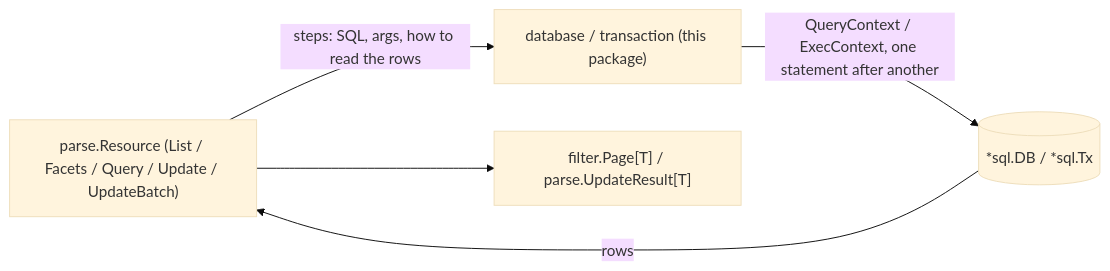
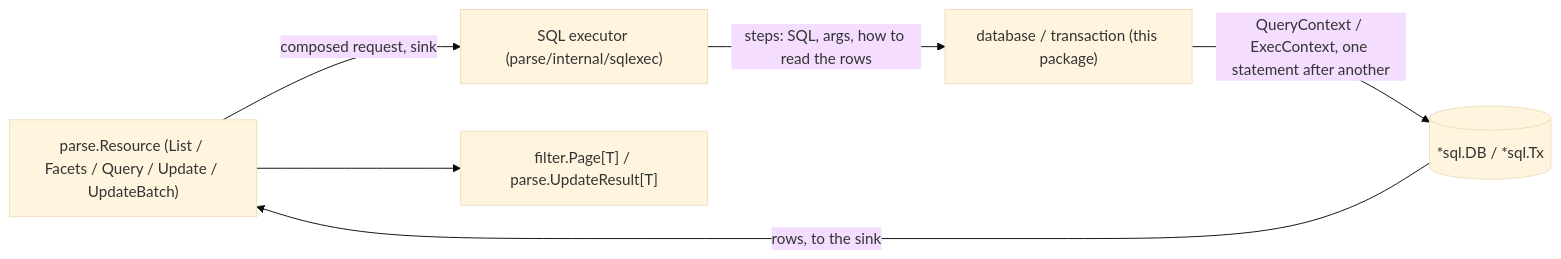
Before and after one commit to ashtonian/pkg: the diagram in parse/parsesql/README.md, drawn with Mermaid (base theme). The commit also changed other lines of this file and 30 other files, not shown here.

````diff
--- a/parse/parsesql/README.md
+++ b/parse/parsesql/README.md
@@ -44,7 +44,8 @@
 ```mermaid
 flowchart LR
-    res["parse.Resource (List / Facets / Query / Update / UpdateBatch)"] -->|"steps: SQL, args, how to read the rows"| conn["database / transaction (this package)"]
+    res["parse.Resource (List / Facets / Query / Update / UpdateBatch)"] -->|"composed request, sink"| exec["SQL executor (parse/internal/sqlexec)"]
+    exec -->|"steps: SQL, args, how to read the rows"| conn["database / transaction (this package)"]
     conn -->|"QueryContext / ExecContext, one statement after another"| db[("*sql.DB / *sql.Tx")]
-    db -->|"rows"| res
+    db -->|"rows, to the sink"| res
     res --> out["filter.Page[T] / parse.UpdateResult[T]"]
 ```
````
